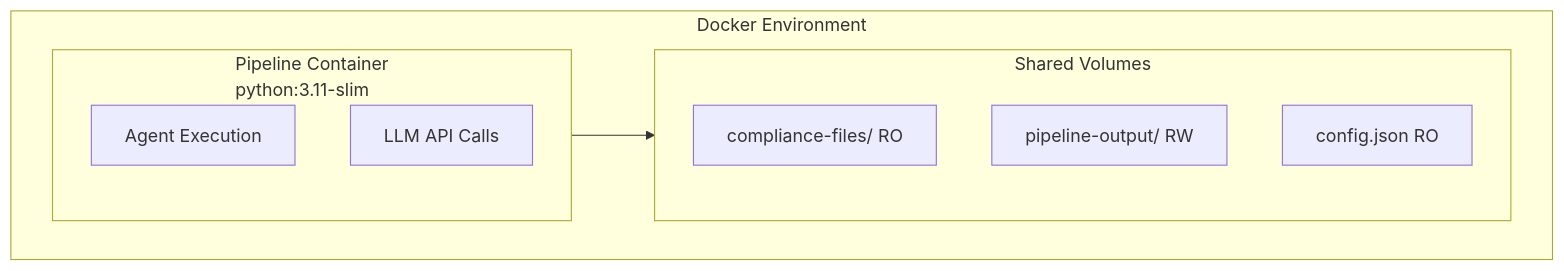
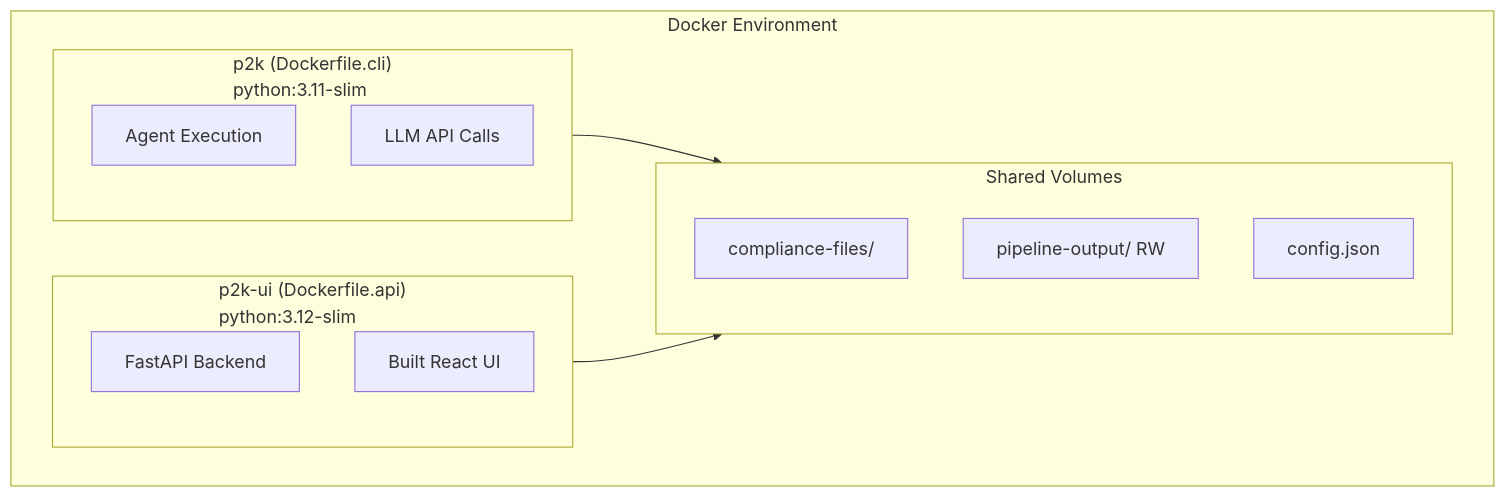
Diagram 12 of 14 in apps/pipeline/docs/ARCHITECTURE.md (rrahimi-uci/policy-to-knowledge), drawn with Mermaid before and after one commit. The commit also changed other lines of this file and 24 other files, not shown here.

````diff
--- a/apps/pipeline/docs/ARCHITECTURE.md
+++ b/apps/pipeline/docs/ARCHITECTURE.md
@@ -377,17 +401,23 @@
 ```mermaid
 flowchart TB
     subgraph Docker["Docker Environment"]
-        subgraph Pipeline["Pipeline Container<br/>python:3.11-slim"]
+        subgraph CLI["p2k (Dockerfile.cli)<br/>python:3.11-slim"]
             AGENTS[Agent Execution]
             LLMCALL[LLM API Calls]
         end
 
+        subgraph API["p2k-ui (Dockerfile.api)<br/>python:3.12-slim"]
+            FASTAPI[FastAPI Backend]
+            REACT[Built React UI]
+        end
+
         subgraph Volumes["Shared Volumes"]
-            CF["compliance-files/ RO"]
+            CF["compliance-files/"]
             PO["pipeline-output/ RW"]
-            CONFIG["config.json RO"]
+            CONFIG["config.json"]
         end
     end
 
-    Pipeline --> Volumes
+    CLI --> Volumes
+    API --> Volumes
 ```
````
